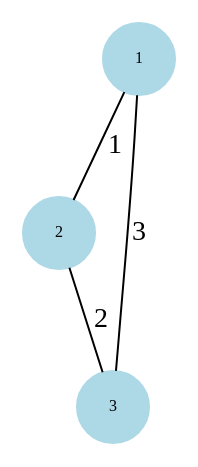
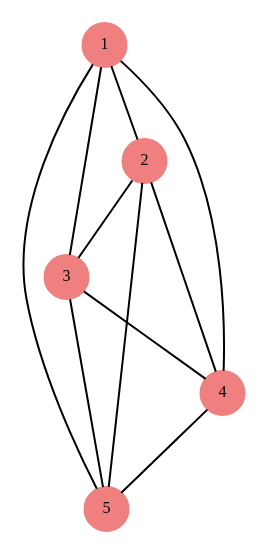
Before and after one commit to pgRouting/pgrouting: the first of 5 diagrams in doc/planar/pgr_planarFaces.rst, drawn with Graphviz. The commit also changed other lines of this file and 1 other file, not shown here.

```diff
--- a/doc/planar/pgr_planarFaces.rst
+++ b/doc/planar/pgr_planarFaces.rst
@@ -149,9 +170,15 @@
 .. graphviz::
 
-    graph G {
-        node [shape=circle;style=filled;width=.5;fixedsize=true;fontsize=8];
-        1,2,3 [color=lightblue];
-        1 -- 2 [label="1"];
-        2 -- 3 [label="2"];
-        3 -- 1 [label="3"];
-    }
+   graph G {
+    node [shape=circle;style=filled;width=0.3;fixedsize=true;fontsize=8];
+    1,2,3,4,5 [color=lightcoral];
+    1 [pos="0,0!"];
+    2 [pos="1,0!"];
+    3 [pos="1,1!"];
+    4 [pos="0,1!"];
+    5 [pos="0.5,1.5!"];
+    1 -- {2, 3, 4, 5};
+    2 -- {3, 4, 5};
+    3 -- {4, 5};
+    4 -- 5;
+   }
```
